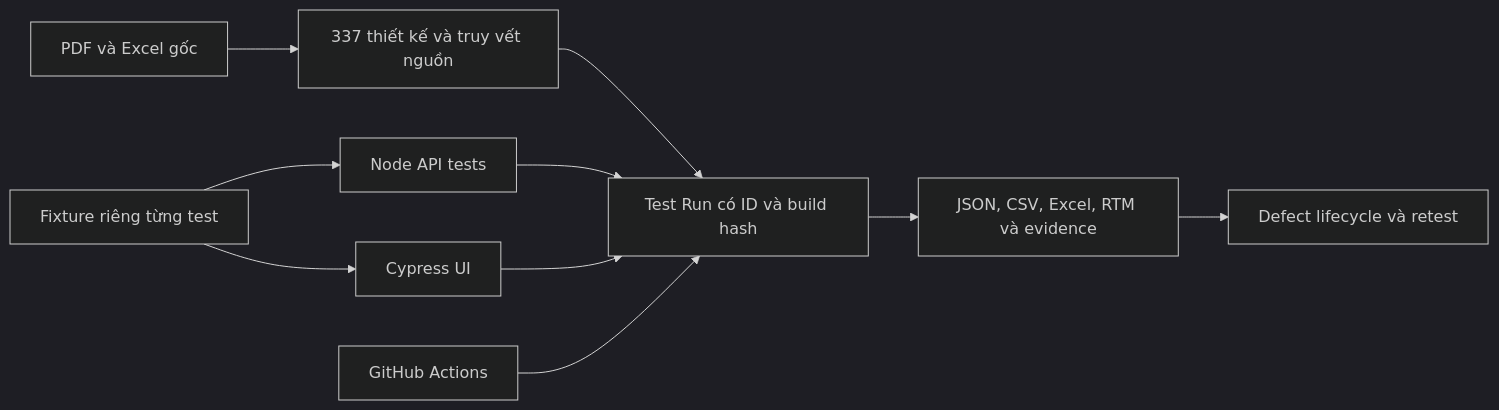
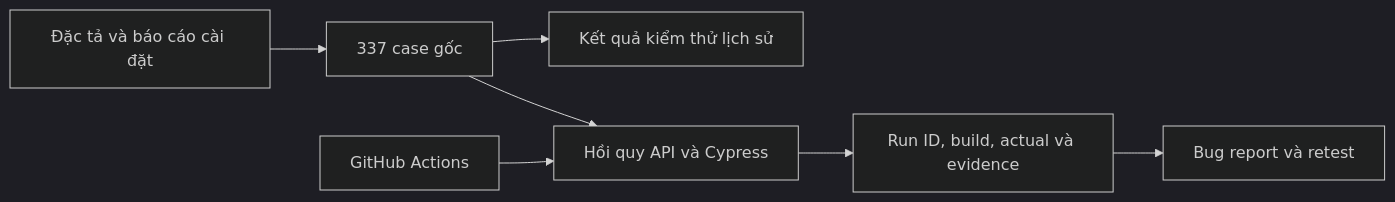
The diagram in README.md (htrsng/KiemThu_PhongKham), drawn with Mermaid (dark theme) before and after one commit. The commit also changed other lines of this file and 5 other files, not shown here.

````diff
--- a/README.md
+++ b/README.md
@@ -25,12 +29,9 @@
 ```mermaid
 flowchart LR
-  Sources[PDF và Excel gốc] --> Catalog[337 thiết kế và truy vết nguồn]
-  Catalog --> Run[Test Run có ID và build hash]
-  Fixtures[Fixture riêng từng test] --> API[Node API tests]
-  Fixtures --> UI[Cypress UI]
-  API --> Run
-  UI --> Run
-  Run --> Reports[JSON, CSV, Excel, RTM và evidence]
-  Reports --> Defects[Defect lifecycle và retest]
-  CI[GitHub Actions] --> Run
+  Source[Đặc tả và báo cáo cài đặt] --> Cases[337 case gốc]
+  Cases --> History[Kết quả kiểm thử lịch sử]
+  Cases --> Regression[Hồi quy API và Cypress]
+  Regression --> Reports[Run ID, build, actual và evidence]
+  Reports --> Bugs[Bug report và retest]
+  CI[GitHub Actions] --> Regression
 ```
````
